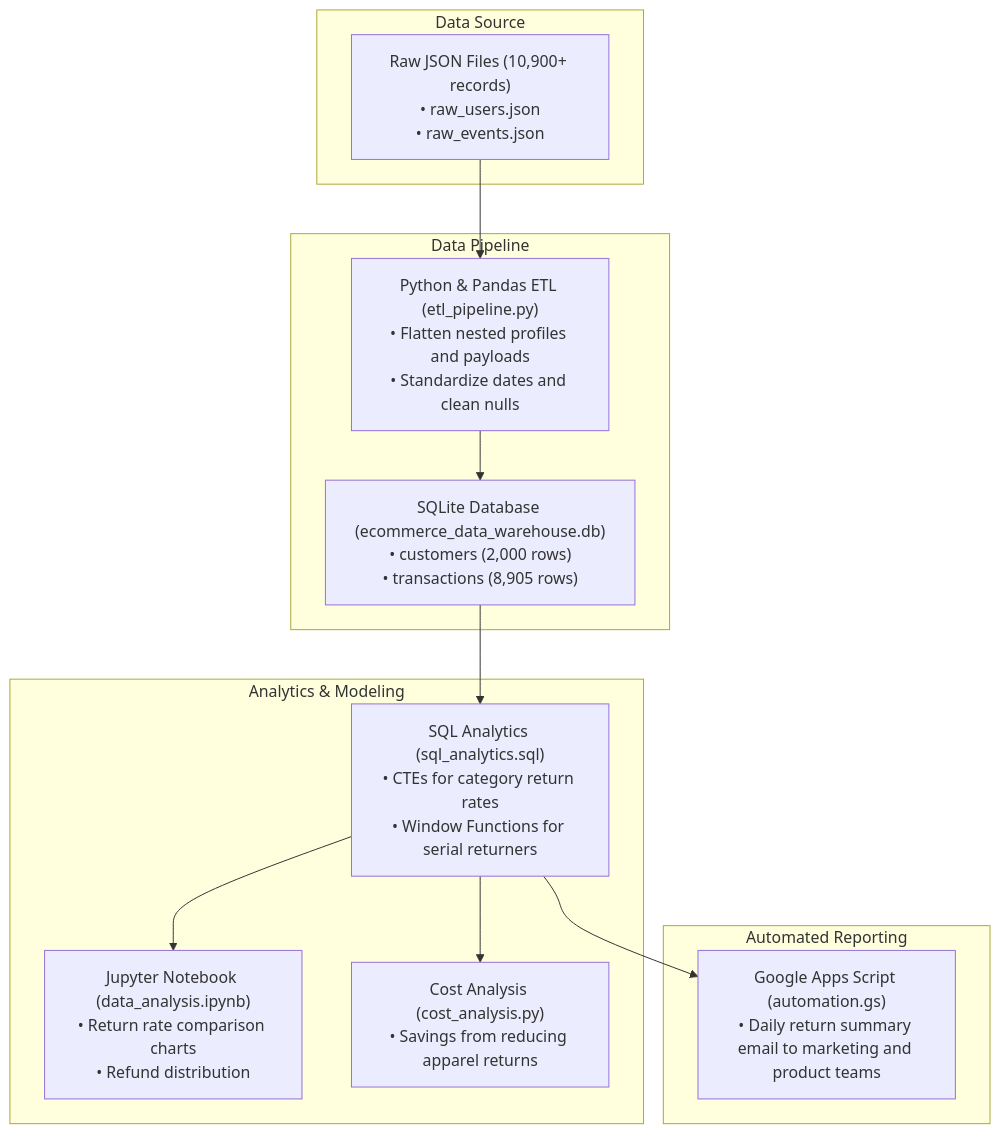
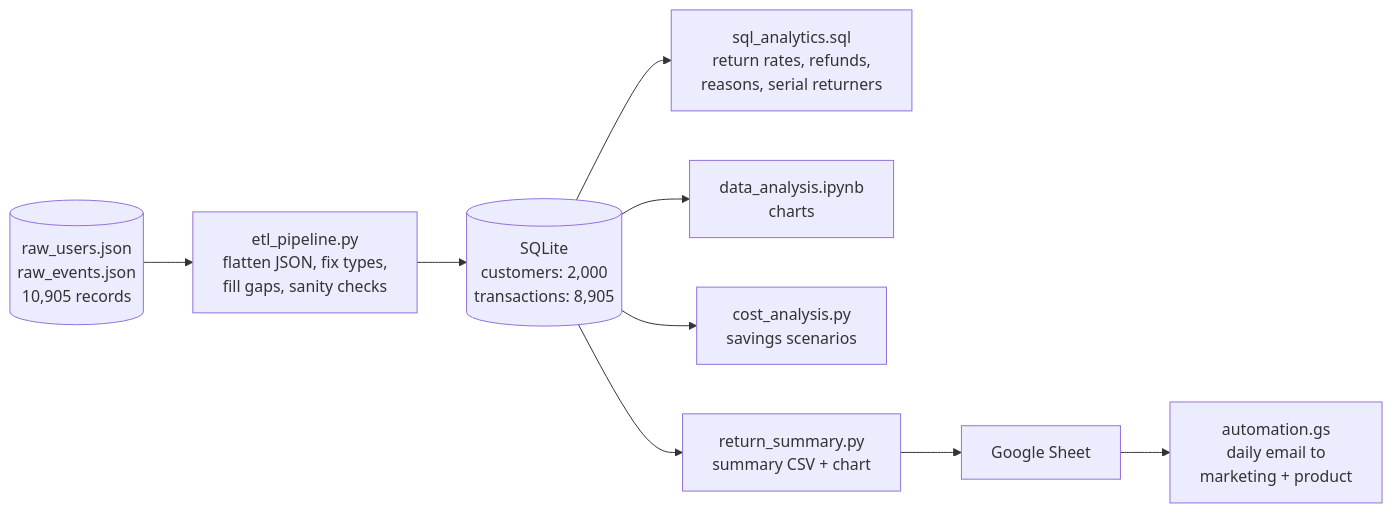
One commit to Saksham2410del/Ecommerce-returns-analytics changed the diagram in README.md. Above: the diagram before and after it, drawn with Mermaid. The commit also changed other lines of this file and 6 other files, not shown here.

````diff
--- a/README.md
+++ b/README.md
@@ -24,21 +46,10 @@
 ```mermaid
-flowchart TD
-    subgraph Data Source
-        A["Raw JSON Files (10,900+ records)<br/>• raw_users.json<br/>• raw_events.json"]
-    end
-
-    subgraph Data Pipeline
-        A --> B["Python & Pandas ETL (etl_pipeline.py)<br/>• Flatten nested profiles and payloads<br/>• Standardize dates and clean nulls"]
-        B --> C["SQLite Database (ecommerce_data_warehouse.db)<br/>• customers (2,000 rows)<br/>• transactions (8,905 rows)"]
-    end
-
-    subgraph Analytics & Modeling
-        C --> D["SQL Analytics (sql_analytics.sql)<br/>• CTEs for category return rates<br/>• Window Functions for serial returners"]
-        D --> E["Jupyter Notebook (data_analysis.ipynb)<br/>• Return rate comparison charts<br/>• Refund distribution"]
-        D --> F["Cost Analysis (cost_analysis.py)<br/>• Savings from reducing apparel returns"]
-    end
-
-    subgraph Automated Reporting
-        D --> G["Google Apps Script (automation.gs)<br/>• Daily return summary email to marketing and product teams"]
-    end
+flowchart LR
+    A[(raw_users.json<br/>raw_events.json<br/>10,905 records)] --> B[etl_pipeline.py<br/>flatten JSON, fix types,<br/>fill gaps, sanity checks]
+    B --> C[(SQLite<br/>customers: 2,000<br/>transactions: 8,905)]
+    C --> D[sql_analytics.sql<br/>return rates, refunds,<br/>reasons, serial returners]
+    C --> E[data_analysis.ipynb<br/>charts]
+    C --> F[cost_analysis.py<br/>savings scenarios]
+    C --> G[return_summary.py<br/>summary CSV + chart]
+    G --> H[Google Sheet] --> I[automation.gs<br/>daily email to<br/>marketing + product]
 ```
````
